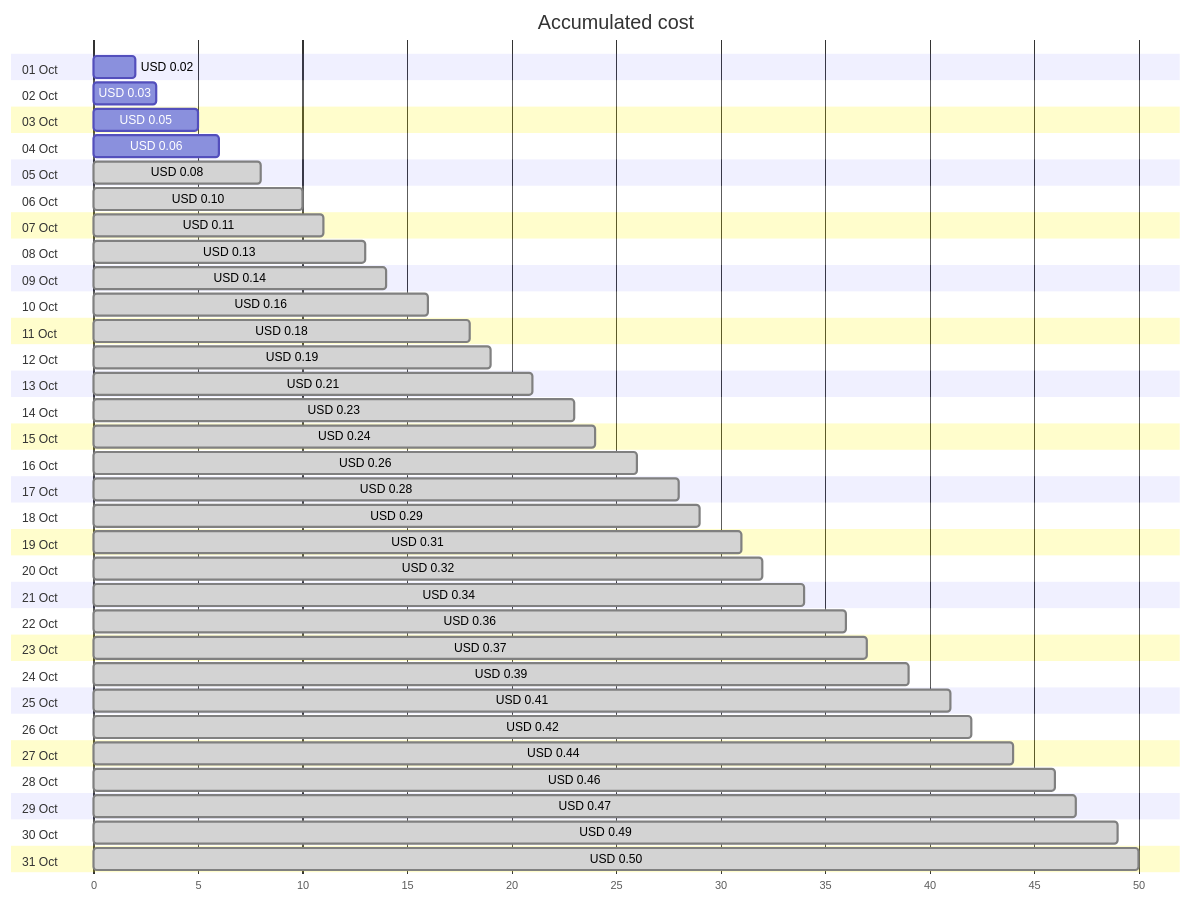
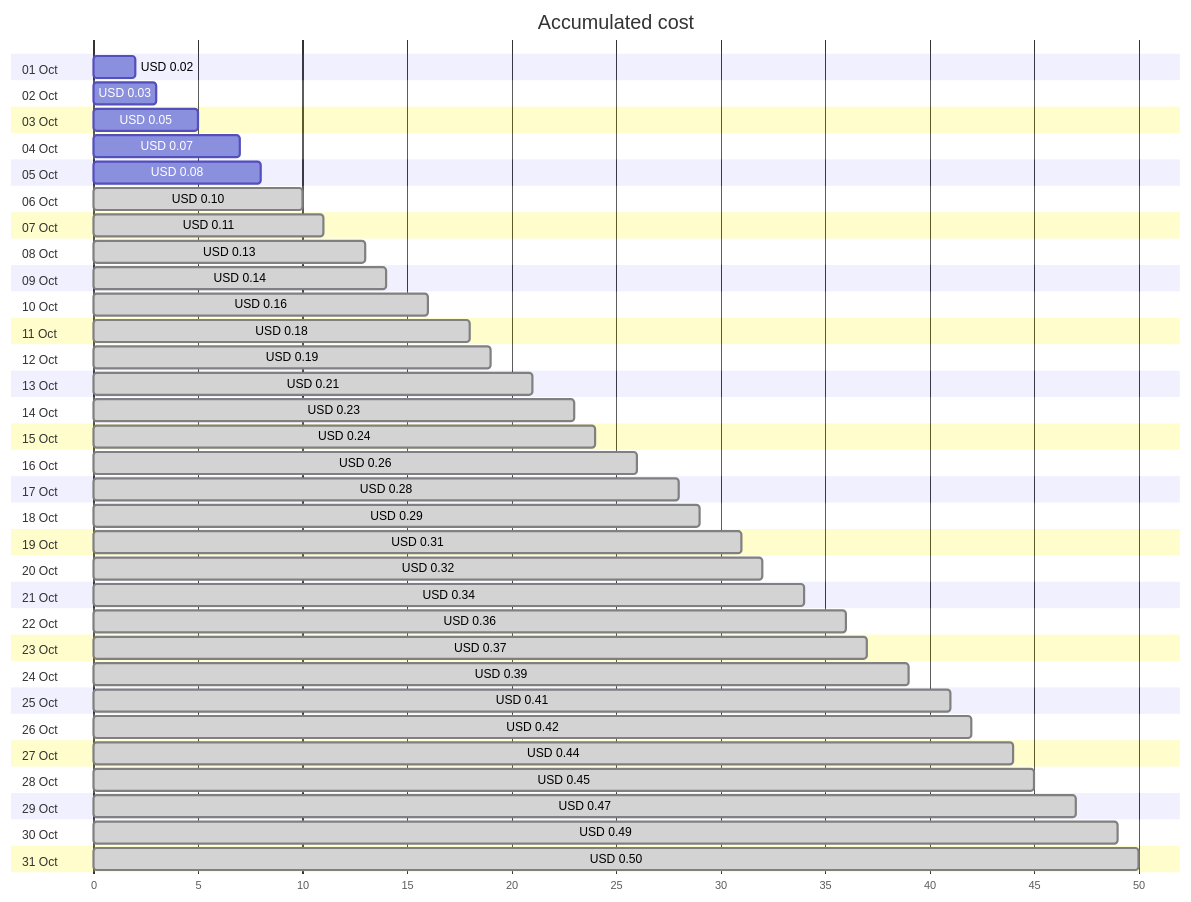
Before and after one commit to jpfulton/azure-personal-reports: the first of 4 diagrams in cost-reports/personal-dns/jpatrickfulton.com.md, drawn with Mermaid. The commit also changed other lines of this file and 2 other files, not shown here.

````diff
--- a/cost-reports/personal-dns/jpatrickfulton.com.md
+++ b/cost-reports/personal-dns/jpatrickfulton.com.md
@@ -20,68 +20,68 @@
 ```mermaid
 gantt
    title Accumulated cost
    dateFormat  X
    axisFormat %s
    section 01 Oct
    USD 0.02 :0, 2
    section 02 Oct
    USD 0.03 :0, 3
    section 03 Oct
    USD 0.05 :0, 5
    section 04 Oct
-   USD 0.06 :0, 6
+   USD 0.07 :0, 7
    section 05 Oct
-   USD 0.08 : done, 0, 8
+   USD 0.08 :0, 8
    section 06 Oct
    USD 0.10 : done, 0, 10
    section 07 Oct
    USD 0.11 : done, 0, 11
    section 08 Oct
    USD 0.13 : done, 0, 13
    section 09 Oct
    USD 0.14 : done, 0, 14
    section 10 Oct
    USD 0.16 : done, 0, 16
    section 11 Oct
    USD 0.18 : done, 0, 18
    section 12 Oct
    USD 0.19 : done, 0, 19
    section 13 Oct
    USD 0.21 : done, 0, 21
    section 14 Oct
    USD 0.23 : done, 0, 23
    section 15 Oct
    USD 0.24 : done, 0, 24
    section 16 Oct
    USD 0.26 : done, 0, 26
    section 17 Oct
    USD 0.28 : done, 0, 28
    section 18 Oct
    USD 0.29 : done, 0, 29
    section 19 Oct
    USD 0.31 : done, 0, 31
    section 20 Oct
    USD 0.32 : done, 0, 32
    section 21 Oct
    USD 0.34 : done, 0, 34
    section 22 Oct
    USD 0.36 : done, 0, 36
    section 23 Oct
    USD 0.37 : done, 0, 37
    section 24 Oct
    USD 0.39 : done, 0, 39
    section 25 Oct
    USD 0.41 : done, 0, 41
    section 26 Oct
    USD 0.42 : done, 0, 42
    section 27 Oct
    USD 0.44 : done, 0, 44
    section 28 Oct
-   USD 0.46 : done, 0, 46
+   USD 0.45 : done, 0, 45
    section 29 Oct
    USD 0.47 : done, 0, 47
    section 30 Oct
    USD 0.49 : done, 0, 49
    section 31 Oct
    USD 0.50 : done, 0, 50
 ```
````
